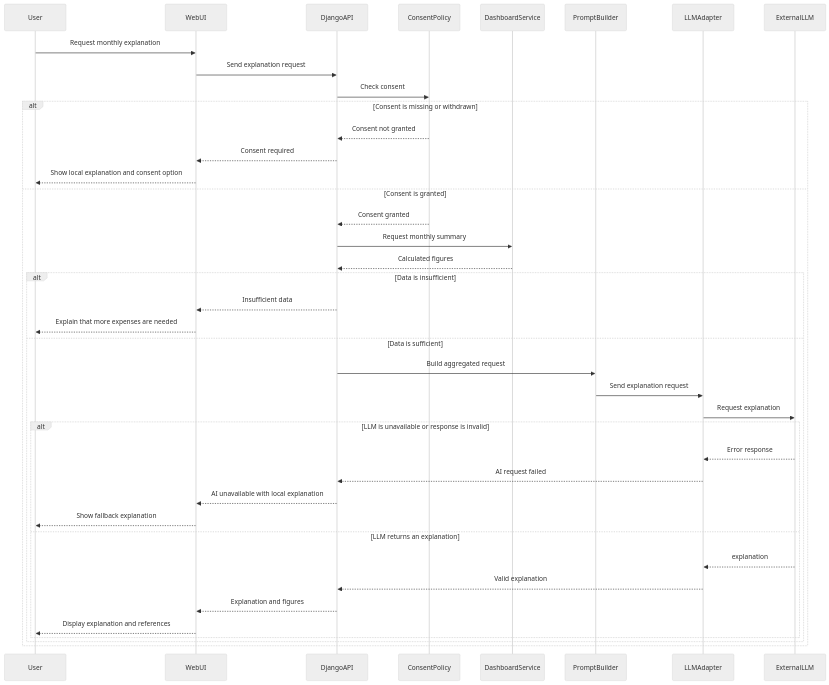
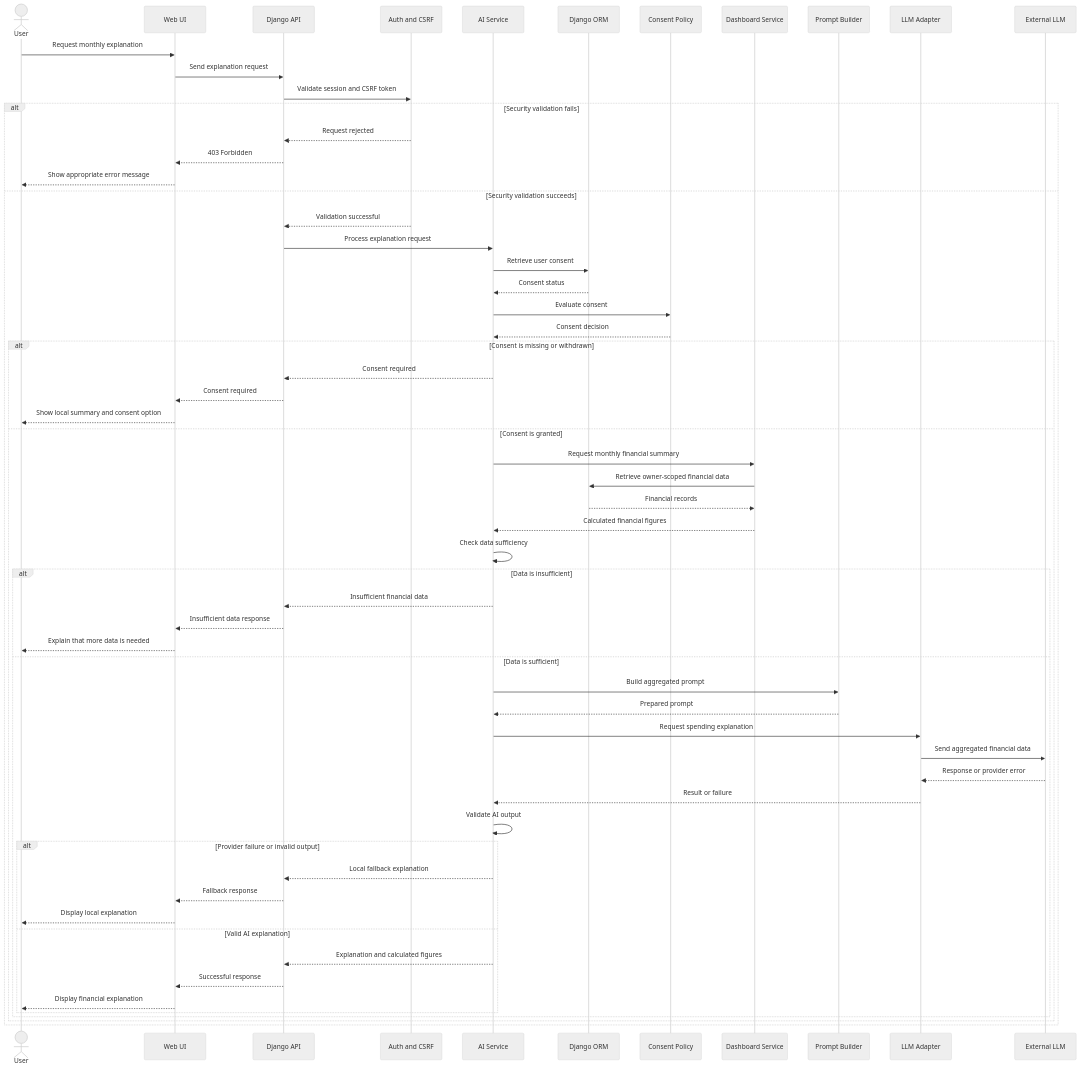
One commit to fatima448/ai-finance-assistant changed the diagram in docs/architecture/ai-explanation-sequence.md. Above: the diagram before and after it, drawn with Mermaid (neutral theme). The commit also changed 6 other files, not shown here.

Commit message:
update software architecture diagrams

````diff
--- a/docs/architecture/ai-explanation-sequence.md
+++ b/docs/architecture/ai-explanation-sequence.md
@@ -1,46 +1,74 @@
 ```mermaid
 sequenceDiagram
-    participant User
-    participant WebUI
-    participant DjangoAPI
-    participant ConsentPolicy
-    participant DashboardService
-    participant PromptBuilder
-    participant LLMAdapter
-    participant ExternalLLM
+    actor User
+    participant UI as Web UI
+    participant API as Django API
+    participant Auth as Auth and CSRF
+    participant AI as AI Service
+    participant ORM as Django ORM
+    participant Consent as Consent Policy
+    participant Dashboard as Dashboard Service
+    participant Prompt as Prompt Builder
+    participant Adapter as LLM Adapter
+    participant LLM as External LLM
 
-    User->>WebUI: Request monthly explanation
-    WebUI->>DjangoAPI: Send explanation request
-    DjangoAPI->>ConsentPolicy: Check consent
+    User->>UI: Request monthly explanation
+    UI->>API: Send explanation request
+    API->>Auth: Validate session and CSRF token
 
-    alt Consent is missing or withdrawn
-        ConsentPolicy-->>DjangoAPI: Consent not granted
-        DjangoAPI-->>WebUI: Consent required
-        WebUI-->>User: Show local explanation and consent option
-    else Consent is granted
-        ConsentPolicy-->>DjangoAPI: Consent granted
-        DjangoAPI->>DashboardService: Request monthly summary
-        DashboardService-->>DjangoAPI: Calculated figures
+    alt Security validation fails
+        Auth-->>API: Request rejected
+        API-->>UI: 403 Forbidden
+        UI-->>User: Show appropriate error message
 
-        alt Data is insufficient
-            DjangoAPI-->>WebUI: Insufficient data
-            WebUI-->>User: Explain that more expenses are needed
-        else Data is sufficient
-            DjangoAPI->>PromptBuilder: Build aggregated request
-            PromptBuilder->>LLMAdapter: Send explanation request
-            LLMAdapter->>ExternalLLM: Request explanation
+    else Security validation succeeds
+        Auth-->>API: Validation successful
+        API->>AI: Process explanation request
 
-            alt LLM is unavailable or response is invalid
-                ExternalLLM-->>LLMAdapter: Error response
-                LLMAdapter-->>DjangoAPI: AI request failed
-                DjangoAPI-->>WebUI: AI unavailable with local explanation
-                WebUI-->>User: Show fallback explanation
-            else LLM returns an explanation
-                ExternalLLM-->>LLMAdapter: explanation
-                LLMAdapter-->>DjangoAPI: Valid explanation
-                DjangoAPI-->>WebUI: Explanation and figures
-                WebUI-->>User: Display explanation and references
+        AI->>ORM: Retrieve user consent
+        ORM-->>AI: Consent status
+        AI->>Consent: Evaluate consent
+        Consent-->>AI: Consent decision
+
+        alt Consent is missing or withdrawn
+            AI-->>API: Consent required
+            API-->>UI: Consent required
+            UI-->>User: Show local summary and consent option
+
+        else Consent is granted
+            AI->>Dashboard: Request monthly financial summary
+            Dashboard->>ORM: Retrieve owner-scoped financial data
+            ORM-->>Dashboard: Financial records
+            Dashboard-->>AI: Calculated financial figures
+
+            AI->>AI: Check data sufficiency
+
+            alt Data is insufficient
+                AI-->>API: Insufficient financial data
+                API-->>UI: Insufficient data response
+                UI-->>User: Explain that more data is needed
+
+            else Data is sufficient
+                AI->>Prompt: Build aggregated prompt
+                Prompt-->>AI: Prepared prompt
+                AI->>Adapter: Request spending explanation
+                Adapter->>LLM: Send aggregated financial data
+                LLM-->>Adapter: Response or provider error
+                Adapter-->>AI: Result or failure
+
+                AI->>AI: Validate AI output
+
+                alt Provider failure or invalid output
+                    AI-->>API: Local fallback explanation
+                    API-->>UI: Fallback response
+                    UI-->>User: Display local explanation
+
+                else Valid AI explanation
+                    AI-->>API: Explanation and calculated figures
+                    API-->>UI: Successful response
+                    UI-->>User: Display financial explanation
+                end
             end
         end
     end
 ```
````
